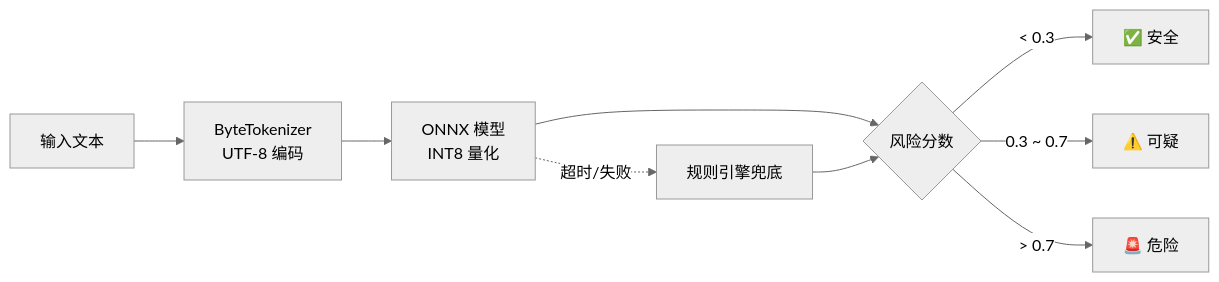
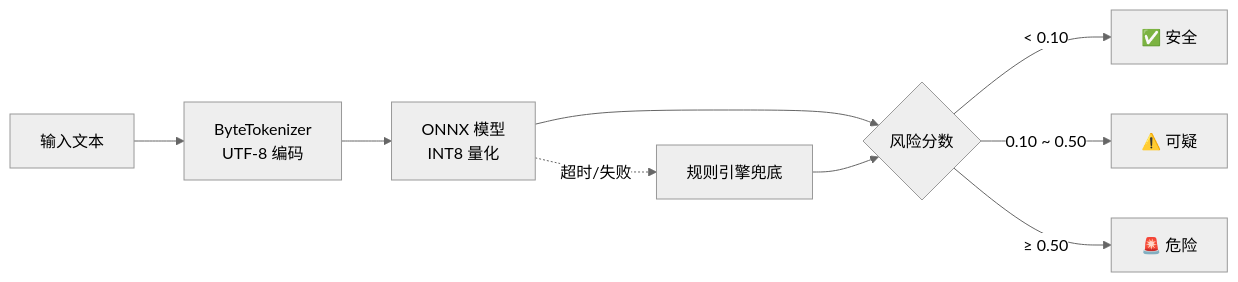
One commit to Tianshang301/TianshangGuard changed the second of 3 diagrams in readme/README.zh-CN.md. Above: the diagram before and after it, drawn with Mermaid (neutral theme). The commit also changed other lines of this file and 1 other file, not shown here.

````diff
--- a/readme/README.zh-CN.md
+++ b/readme/README.zh-CN.md
@@ -73,11 +74,11 @@
 ```mermaid
 flowchart LR
     A[输入文本] --> B[ByteTokenizer<br/>UTF-8 编码]
     B --> C[ONNX 模型<br/>INT8 量化]
     C --> D{风险分数}
-    D -->|< 0.3| E[✅ 安全]
-    D -->|0.3 ~ 0.7| F[⚠️ 可疑]
-    D -->|> 0.7| G[🚨 危险]
+    D -->|< 0.10| E[✅ 安全]
+    D -->|0.10 ~ 0.50| F[⚠️ 可疑]
+    D -->|≥ 0.50| G[🚨 危险]
     C -.->|超时/失败| H[规则引擎兜底]
     H --> D
 ```
````
